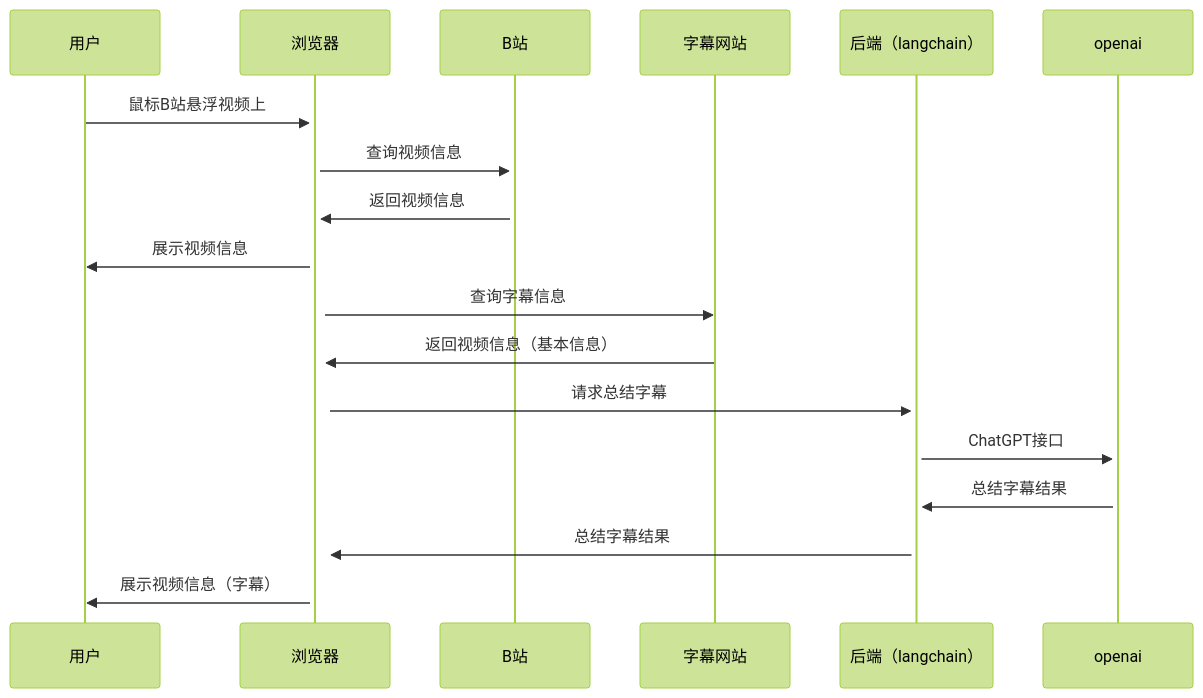
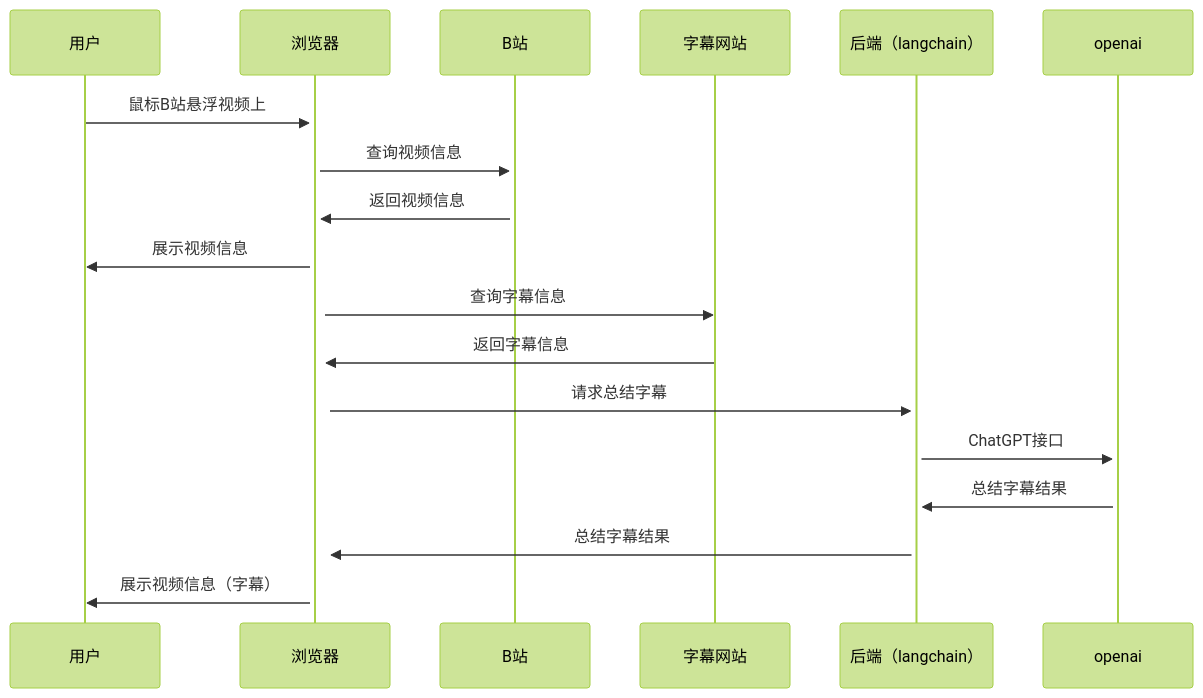
One commit to 2951121599/Bili-Insight changed the diagram in README.md. Above: the diagram before and after it, drawn with Mermaid (forest theme).

Commit message:
update design doc

````diff
--- a/README.md
+++ b/README.md
@@ -31,18 +31,18 @@
 ```mermaid
 sequenceDiagram
     participant 用户
     participant 浏览器
     participant B站
 
     用户->>+浏览器: 鼠标B站悬浮视频上
     浏览器->>+B站: 查询视频信息
     B站->>+浏览器: 返回视频信息
     浏览器->>用户: 展示视频信息
     浏览器->>字幕网站: 查询字幕信息
-    字幕网站->>+浏览器: 返回视频信息（基本信息）
+    字幕网站->>+浏览器: 返回字幕信息
     浏览器->>+后端（langchain）: 请求总结字幕
     后端（langchain）->>+openai: ChatGPT接口
     openai->>+后端（langchain）: 总结字幕结果
     后端（langchain）->>+浏览器: 总结字幕结果
     浏览器->>用户: 展示视频信息（字幕）
 ```
````
